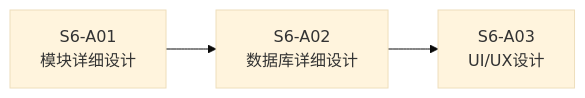
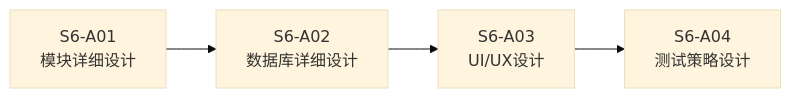
The fourth of 8 diagrams in agents/coordinator-detailed-design.md (HeartFlying/swf), drawn with Mermaid (base theme) before and after one commit. The commit also changed other lines of this file and 89 other files, not shown here.

````diff
--- a/agents/coordinator-detailed-design.md
+++ b/agents/coordinator-detailed-design.md
@@ -110,5 +111,6 @@
 ```mermaid
 flowchart LR
     A01[S6-A01<br/>模块详细设计] --> A02[S6-A02<br/>数据库详细设计]
     A02 --> A03[S6-A03<br/>UI/UX设计]
+    A03 --> A04[S6-A04<br/>测试策略设计]
 ```
````
